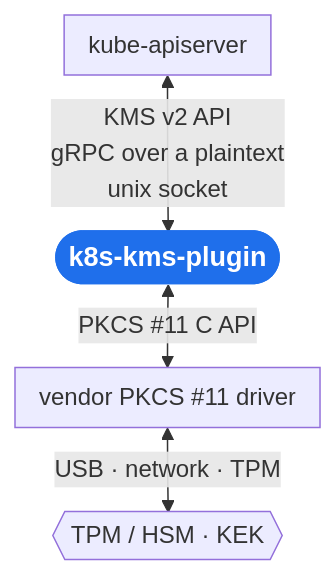
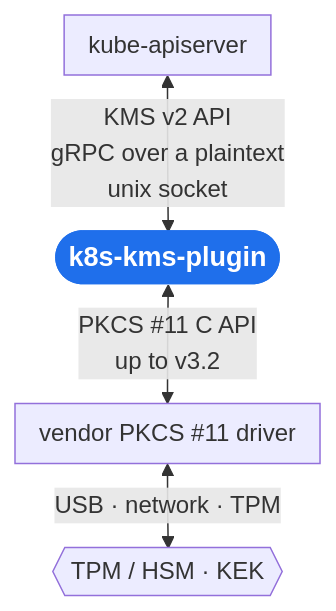
The diagram in README.md (Nicolas-Peiffer/k8s-kms-plugin), drawn with Mermaid before and after one commit. The commit also changed 1 other file, not shown here.

Commit message:
docs: label the plugin-to-driver link "PKCS #11 C API, up to v3.2"
The plugin speaks PKCS #11 up to v3.2: pkcs11-go asks the driver for
the v3.2 interface with C_GetInterface and falls back to
C_GetFunctionList on a 2.x driver. Only ml-kem needs a v3.2 driver; the
AES and RSA families run on 2.x ones (SoftHSMv2, the TPM driver, the
eToken, the YubiHSM 2). "up to" says that without implying every
driver must be v3.2. Both copies of the diagram updated.

````diff
--- a/README.md
+++ b/README.md
@@ -34,13 +34,13 @@
 ```mermaid
 %%{init: {"flowchart": {"nodeSpacing": 16, "rankSpacing": 32, "padding": 8}}}%%
 flowchart TB
     K8S["kube-apiserver"]
     PLG(["k8s-kms-plugin"])
     DRV["vendor PKCS #11 driver"]
     HSM{{"TPM / HSM · KEK"}}
     K8S <-->|"KMS v2 API<br/>gRPC over a plaintext<br/>unix socket"| PLG
-    PLG <-->|"PKCS #11 C API"| DRV
+    PLG <-->|"PKCS #11 C API<br/>up to v3.2"| DRV
     DRV <-->|"USB · network · TPM"| HSM
     classDef main fill:#1f6feb,stroke:#1f6feb,color:#fff,font-weight:bold,font-size:18px
     class PLG main
 ```
````
